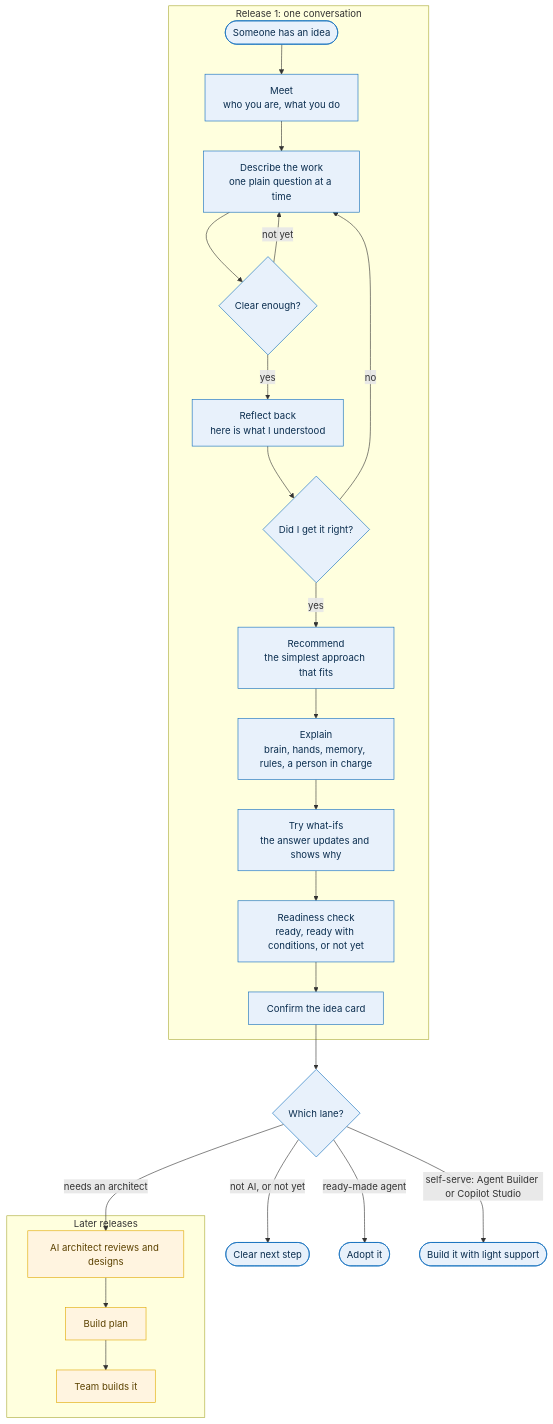
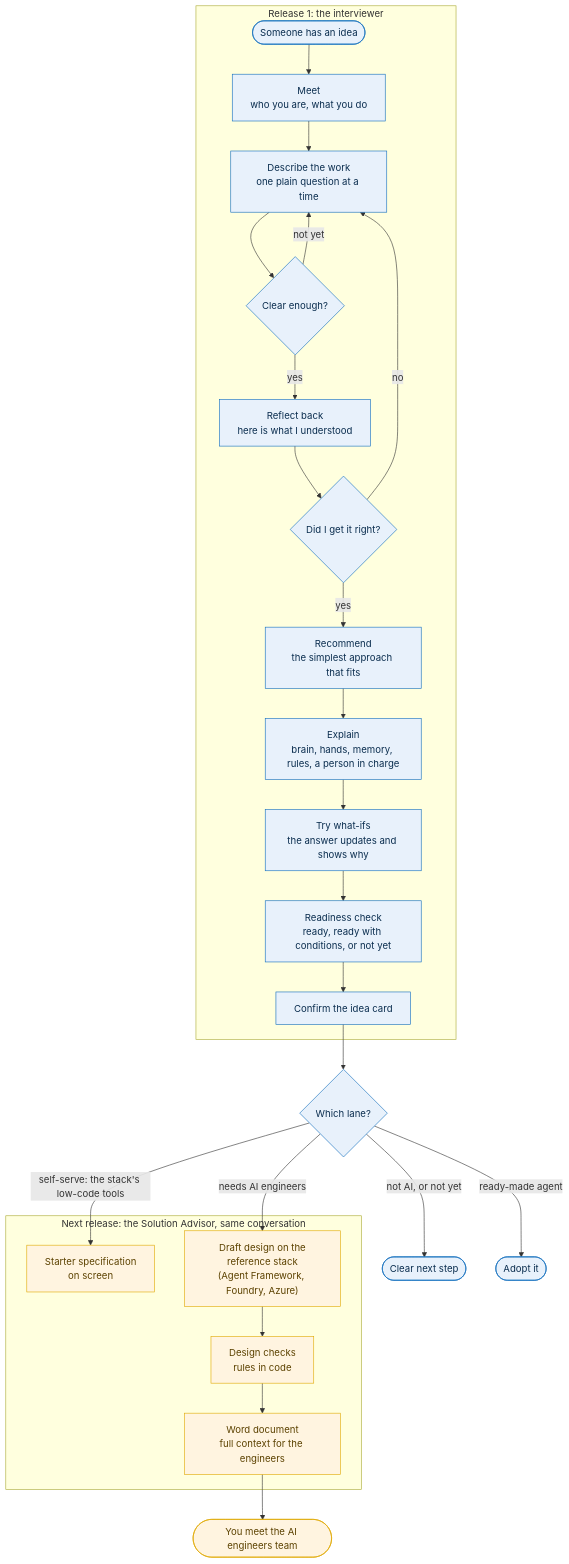
The diagram in README.md (hamza-roujdami/agent-fit), drawn with Mermaid before and after one commit. The commit also changed other lines of this file, not shown here.

First line of the commit message:
README: single-user Solution Advisor flow and stack-neutral lanes

````diff
--- a/README.md
+++ b/README.md
@@ -31,30 +40,32 @@
 ```mermaid
 flowchart TD
-    subgraph R1["Release 1: one conversation"]
+    subgraph R1["Release 1: the interviewer"]
         A(["Someone has an idea"]) --> B["Meet<br/>who you are, what you do"]
         B --> C["Describe the work<br/>one plain question at a time"]
         C --> D{"Clear enough?"}
         D -->|not yet| C
         D -->|yes| E["Reflect back<br/>here is what I understood"]
         E --> F{"Did I get it right?"}
         F -->|no| C
         F -->|yes| G["Recommend<br/>the simplest approach that fits"]
         G --> H["Explain<br/>brain, hands, memory, rules, a person in charge"]
         H --> I["Try what-ifs<br/>the answer updates and shows why"]
         I --> J["Readiness check<br/>ready, ready with conditions, or not yet"]
         J --> K["Confirm the idea card"]
     end
     K --> L{"Which lane?"}
     L -->|not AI, or not yet| M(["Clear next step"])
     L -->|ready-made agent| S(["Adopt it"])
-    L -->|self-serve: Agent Builder or Copilot Studio| T(["Build it with light support"])
-    subgraph LATER["Later releases"]
-        N["AI architect reviews and designs"] --> O["Build plan"]
-        O --> P["Team builds it"]
+    subgraph ADV["Next release: the Solution Advisor, same conversation"]
+        T["Starter specification<br/>on screen"]
+        U["Draft design on the<br/>reference stack<br/>(Agent Framework, Foundry, Azure)"] --> V["Design checks<br/>rules in code"]
+        V --> W["Word document<br/>full context for the engineers"]
     end
-    L -->|needs an architect| N
+    L -->|self-serve: the stack's low-code tools| T
+    L -->|needs AI engineers| U
+    W --> X(["You meet the AI engineers team"])
     classDef now fill:#e8f1fb,stroke:#0f6cbd,color:#0b2e4f
     classDef later fill:#fff4e0,stroke:#e0a800,color:#5c4200
-    class A,B,C,D,E,F,G,H,I,J,K,L,M,S,T now
-    class N,O,P later
+    class A,B,C,D,E,F,G,H,I,J,K,L,M,S now
+    class T,U,V,W,X later
 ```
````
